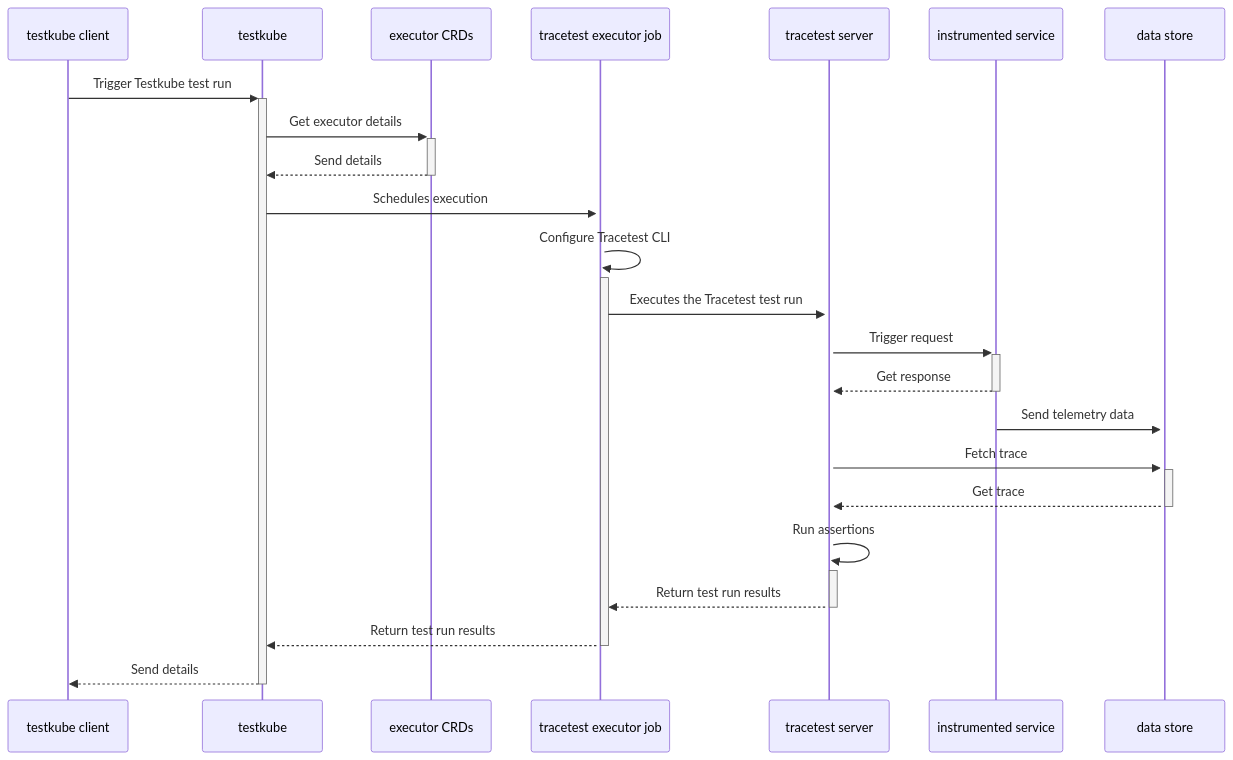
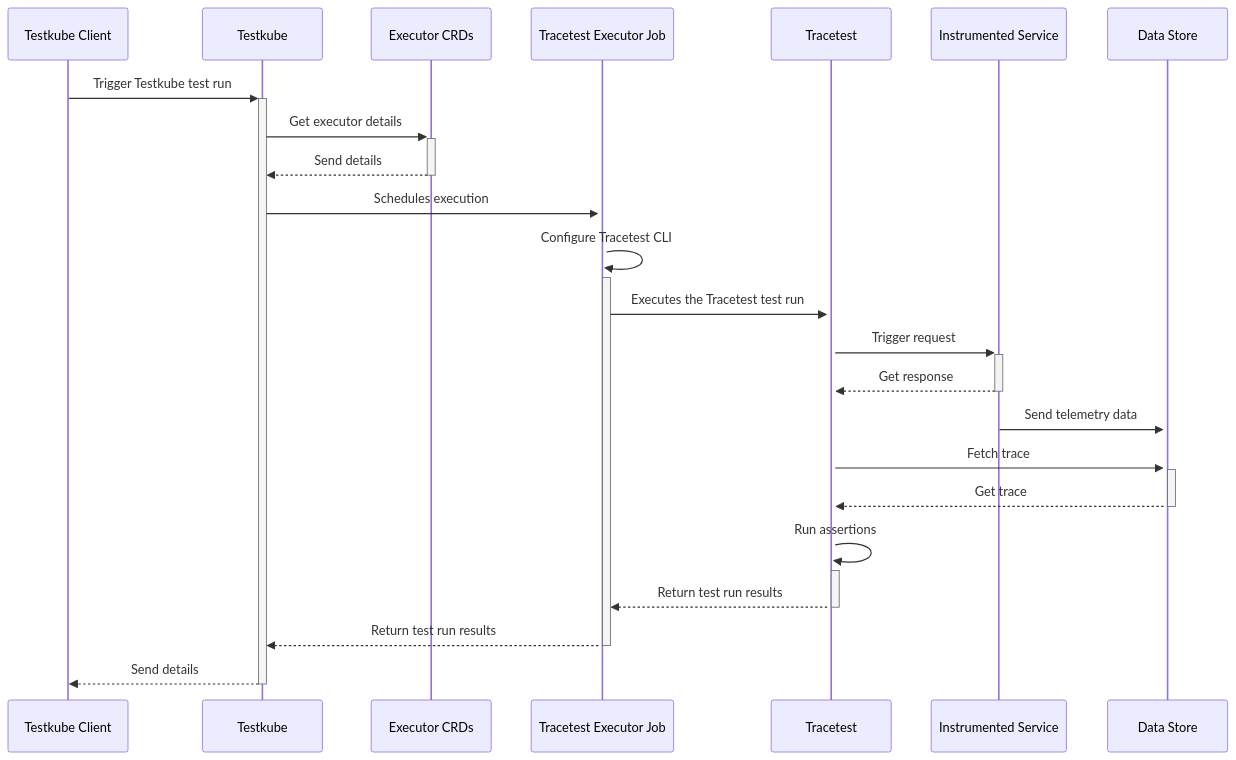
One commit to kubeshop/testkube changed the diagram in contrib/executor/tracetest/README.md. Above: the diagram before and after it, drawn with Mermaid. The commit also changed other lines of this file and 133 other files, not shown here.

````diff
--- a/contrib/executor/tracetest/README.md
+++ b/contrib/executor/tracetest/README.md
@@ -87,18 +87,26 @@
 ```mermaid
 sequenceDiagram
-    testkube client->>+testkube: Trigger Testkube test run
-    testkube->>+executor CRDs: Get executor details
-    executor CRDs-->>-testkube: Send details
-    testkube->>+tracetest executor job: Schedules execution
-    tracetest executor job->>+tracetest executor job: Configure Tracetest CLI
-    tracetest executor job->>+tracetest server: Executes the Tracetest test run
-    tracetest server->>+instrumented service: Trigger request
-    instrumented service-->>-tracetest server: Get response
-    instrumented service->>+data store: Send telemetry data
-    tracetest server->>+data store: Fetch trace
-    data store-->>-tracetest server: Get trace
-    tracetest server->>+tracetest server: Run assertions
-    tracetest server-->>-tracetest executor job: Return test run results
-    tracetest executor job-->>-testkube: Return test run results
-    testkube-->>-testkube client: Send details
+    participant testkubeClient as Testkube Client
+    participant testkube as Testkube
+    participant executorCRDs as Executor CRDs
+    participant tracetestExecutorJob as Tracetest Executor Job
+    participant tracetestServer as Tracetest
+    participant instrumentedService as Instrumented Service
+    participant dataStore as Data Store
+
+    testkubeClient->>+testkube:                   Trigger Testkube test run
+    testkube->>+executorCRDs:                     Get executor details
+    executorCRDs-->>-testkube:                    Send details
+    testkube->>+tracetestExecutorJob:             Schedules execution
+    tracetestExecutorJob->>+tracetestExecutorJob: Configure Tracetest CLI
+    tracetestExecutorJob->>+tracetestServer:      Executes the Tracetest test run
+    tracetestServer->>+instrumentedService:       Trigger request
+    instrumentedService-->>-tracetestServer:      Get response
+    instrumentedService->>+dataStore:             Send telemetry data
+    tracetestServer->>+dataStore:                 Fetch trace
+    dataStore-->>-tracetestServer:                Get trace
+    tracetestServer->>+tracetestServer:           Run assertions
+    tracetestServer-->>-tracetestExecutorJob:     Return test run results
+    tracetestExecutorJob-->>-testkube:            Return test run results
+    testkube-->>-testkubeClient:                  Send details
 ```
````
